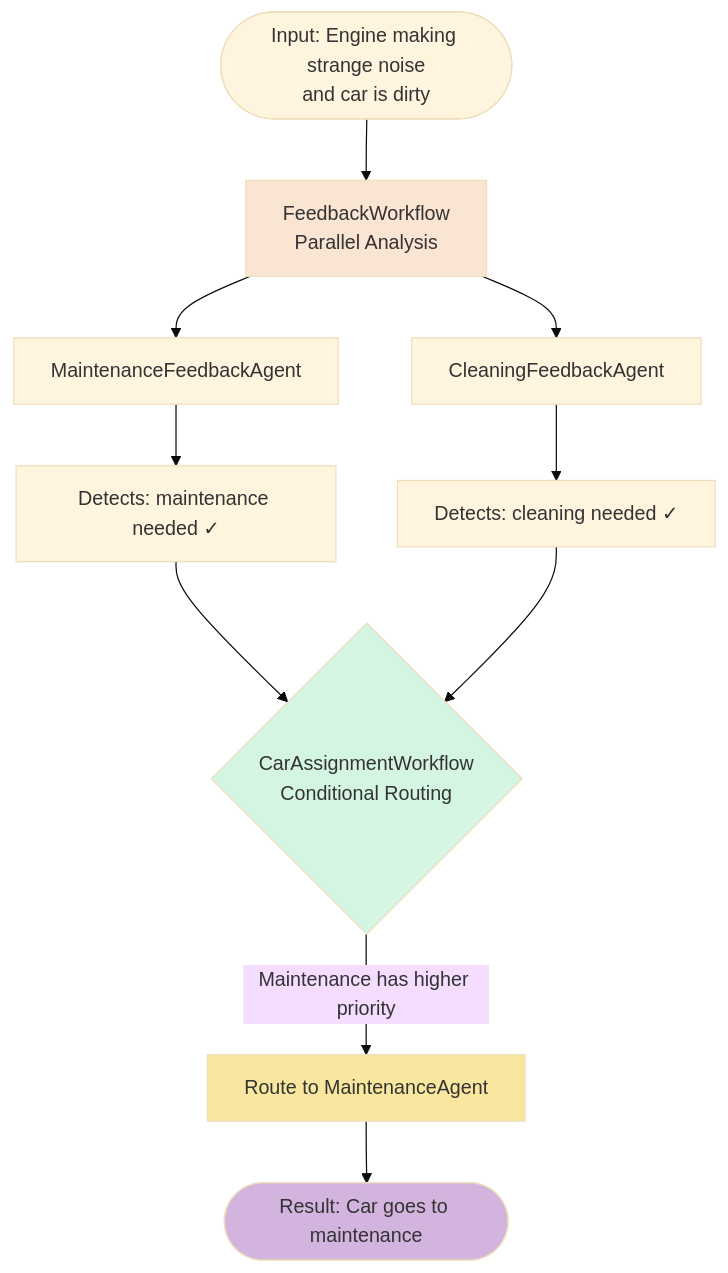
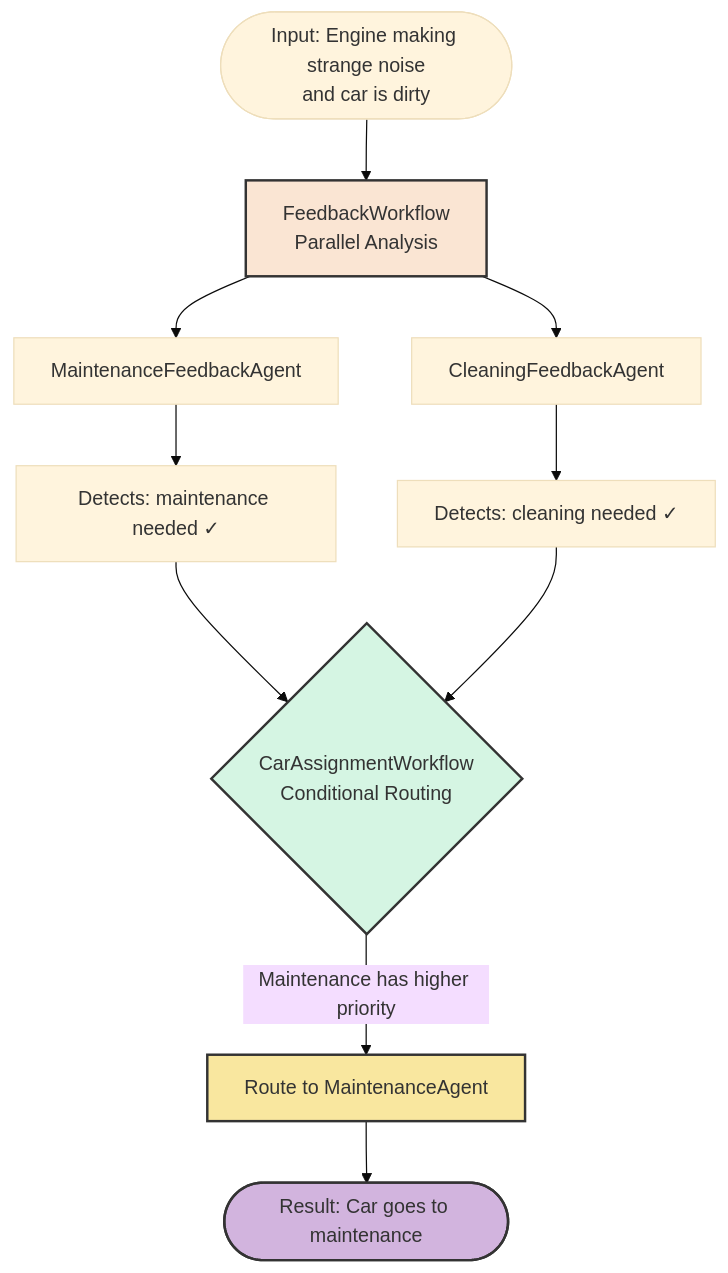
One commit to quarkusio/quarkus-workshop-langchain4j changed the fourth of 6 diagrams in docs/docs/section-2/step-03.md. Above: the diagram before and after it, drawn with Mermaid (base theme). The commit also changed other lines of this file and 6 other files, not shown here.

Commit message:
update docs for better flow, and fix diagrams (#301)

````diff
--- a/docs/docs/section-2/step-03.md
+++ b/docs/docs/section-2/step-03.md
@@ -232,23 +232,23 @@
 ```mermaid
 flowchart TD
     Start([Input: Engine making strange noise<br/>and car is dirty])
     
     Start --> FW[FeedbackWorkflow<br/>Parallel Analysis]
     
     FW --> MFA[MaintenanceFeedbackAgent]
     FW --> CFA[CleaningFeedbackAgent]
     
     MFA --> MR[Detects: maintenance needed ✓]
     CFA --> CR[Detects: cleaning needed ✓]
     
     MR --> CAW{CarAssignmentWorkflow<br/>Conditional Routing}
     CR --> CAW
     
     CAW -->|Maintenance has higher priority| MA[Route to MaintenanceAgent]
     MA --> Result([Result: Car goes to maintenance])
     
-    style FW fill:#FAE5D3
-    style CAW fill:#D5F5E3
-    style MA fill:#F9E79F
-    style Result fill:#D2B4DE
+    style FW fill:#FAE5D3,stroke:#333,stroke-width:2,color:#333
+    style CAW fill:#D5F5E3,stroke:#333,stroke-width:2,color:#333
+    style MA fill:#F9E79F,stroke:#333,stroke-width:2,color:#333
+    style Result fill:#D2B4DE,stroke:#333,stroke-width:2,color:#333
 ```
````
